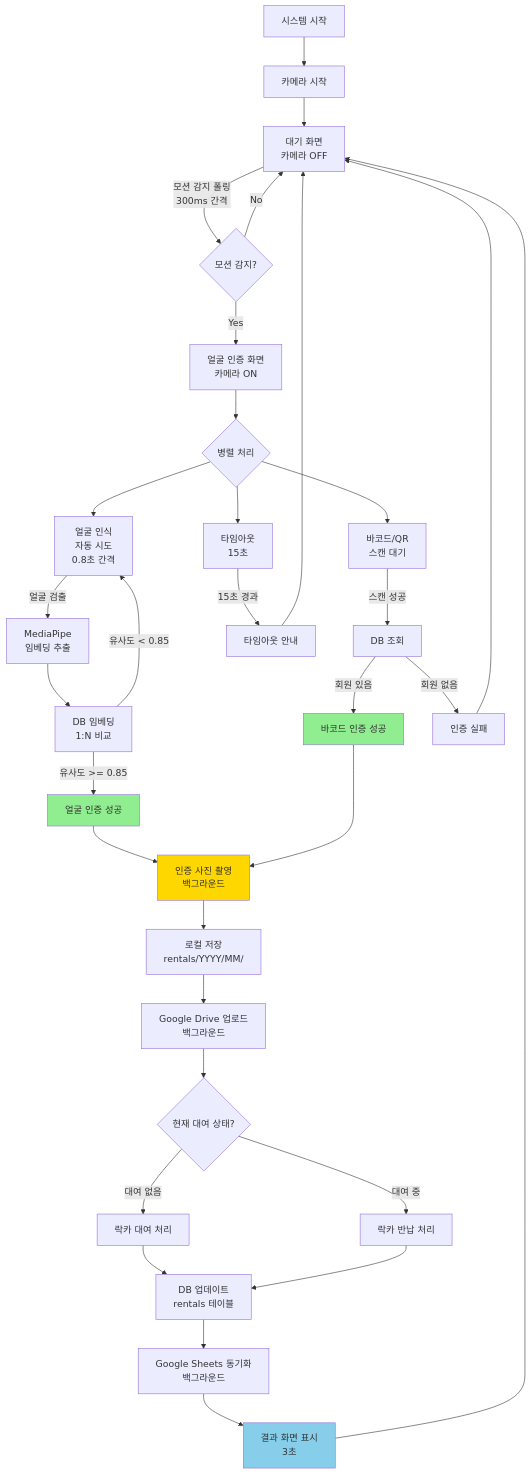
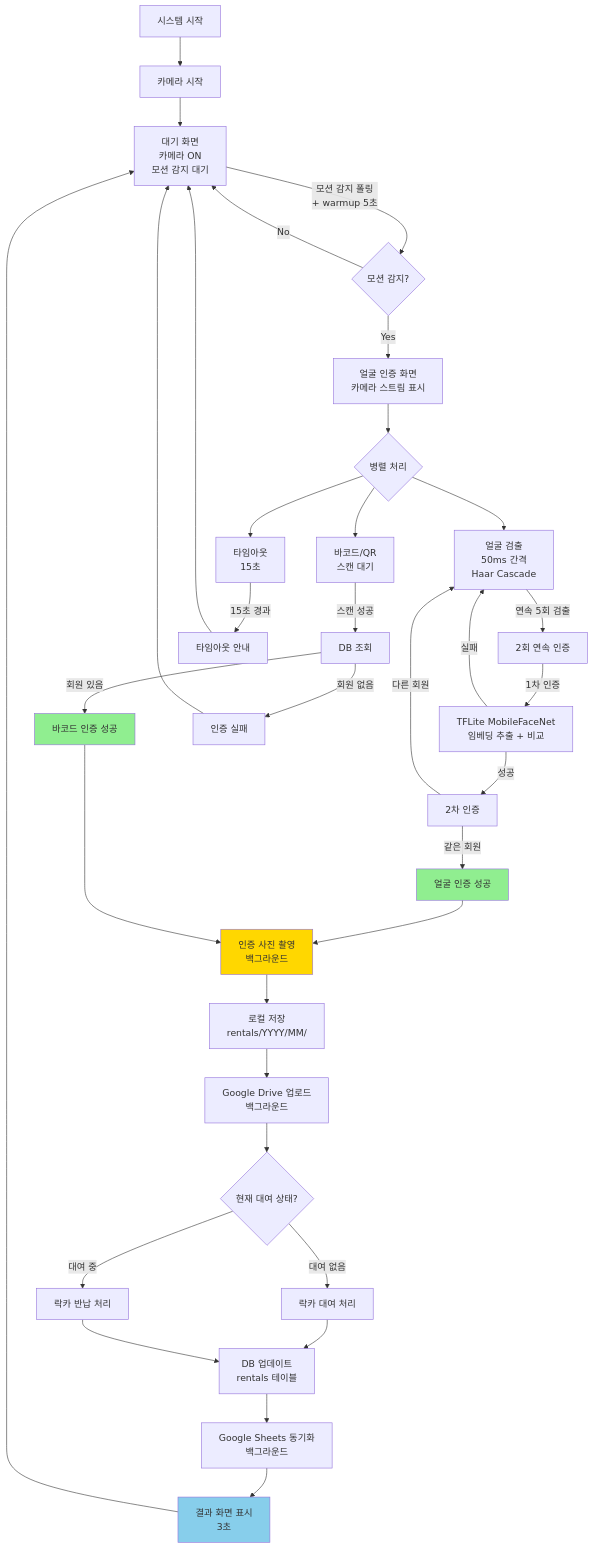
One commit to creator-YSG/raspberry-pi-gym-controller changed the diagram in docs/AUTHENTICATION_FLOW.md. Above: the diagram before and after it, drawn with Mermaid. The commit also changed other lines of this file, not shown here.

First line of the commit message:
docs: 얼굴 인식 기술 스택 및 인증 플로우 문서 업데이트

````diff
--- a/docs/AUTHENTICATION_FLOW.md
+++ b/docs/AUTHENTICATION_FLOW.md
@@ -5,52 +5,54 @@
 ```mermaid
 graph TB
     Start[시스템 시작] --> Init[카메라 시작]
-    Init --> Idle[대기 화면<br/>카메라 OFF]
+    Init --> Idle[대기 화면<br/>카메라 ON<br/>모션 감지 대기]
     
-    Idle -->|모션 감지 폴링<br/>300ms 간격| Motion{모션 감지?}
+    Idle -->|모션 감지 폴링<br/>+ warmup 5초| Motion{모션 감지?}
     Motion -->|No| Idle
-    Motion -->|Yes| FaceAuth[얼굴 인증 화면<br/>카메라 ON]
+    Motion -->|Yes| FaceAuth[얼굴 인증 화면<br/>카메라 스트림 표시]
     
     FaceAuth --> Parallel{병렬 처리}
     
-    Parallel --> Face[얼굴 인식<br/>자동 시도<br/>0.8초 간격]
+    Parallel --> Face[얼굴 검출<br/>50ms 간격<br/>Haar Cascade]
     Parallel --> Barcode[바코드/QR<br/>스캔 대기]
     Parallel --> Timeout[타임아웃<br/>15초]
     
-    Face -->|얼굴 검출| FaceDetect[MediaPipe<br/>임베딩 추출]
-    FaceDetect --> FaceCompare[DB 임베딩<br/>1:N 비교]
-    FaceCompare -->|유사도 >= 0.85| FaceSuccess[얼굴 인증 성공]
-    FaceCompare -->|유사도 < 0.85| Face
+    Face -->|연속 5회 검출| DoubleAuth[2회 연속 인증]
+    DoubleAuth -->|1차 인증| Auth1[TFLite MobileFaceNet<br/>임베딩 추출 + 비교]
+    Auth1 -->|성공| Auth2[2차 인증]
+    Auth2 -->|같은 회원| FaceSuccess[얼굴 인증 성공]
+    Auth2 -->|다른 회원| Face
+    Auth1 -->|실패| Face
     
     Barcode -->|스캔 성공| BarcodeCheck[DB 조회]
     BarcodeCheck -->|회원 있음| BarcodeSuccess[바코드 인증 성공]
     BarcodeCheck -->|회원 없음| BarcodeError[인증 실패]
     BarcodeError --> Idle
     
     FaceSuccess --> Photo[인증 사진 촬영<br/>백그라운드]
     BarcodeSuccess --> Photo
     
     Photo --> PhotoLocal[로컬 저장<br/>rentals/YYYY/MM/]
     PhotoLocal --> PhotoDrive[Google Drive 업로드<br/>백그라운드]
     
     PhotoDrive --> RentalCheck{현재 대여 상태?}
     
     RentalCheck -->|대여 없음| Rental[락카 대여 처리]
     RentalCheck -->|대여 중| Return[락카 반납 처리]
     
     Rental --> UpdateDB[DB 업데이트<br/>rentals 테이블]
     Return --> UpdateDB
     
     UpdateDB --> SyncSheets[Google Sheets 동기화<br/>백그라운드]
     SyncSheets --> Result[결과 화면 표시<br/>3초]
     
     Result --> Idle
     
     Timeout -->|15초 경과| TimeoutScreen[타임아웃 안내]
     TimeoutScreen --> Idle
     
     style FaceSuccess fill:#90EE90
     style BarcodeSuccess fill:#90EE90
     style Photo fill:#FFD700
     style Result fill:#87CEEB
 ```
````
